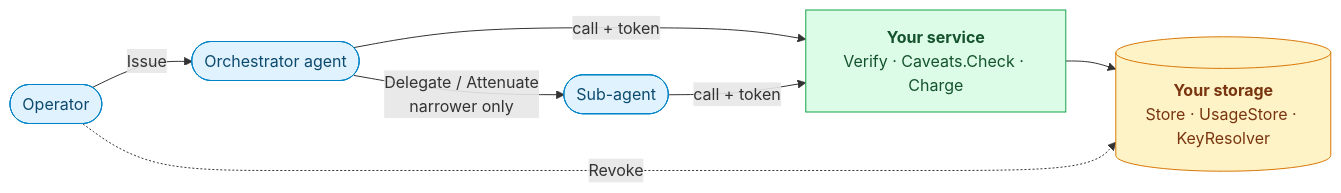
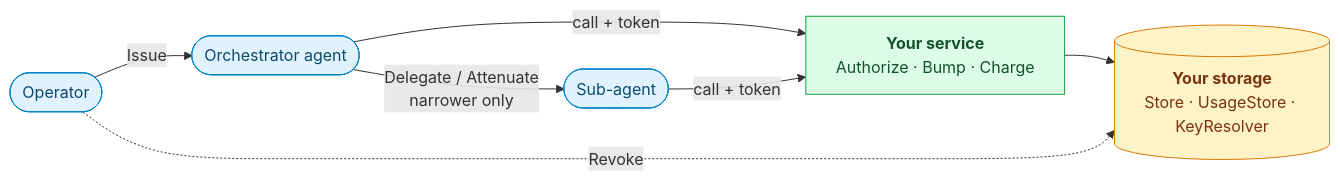
The diagram in README.md (oleg-tkachuk/limes), drawn with Mermaid before and after one commit. The commit also changed other lines of this file and 1 other file, not shown here.

Commit message:
docs(diagrams): redraw the flows as the code runs them
Six diagrams and their prose described checks, errors and an order of
signing and recording the code no longer has.

````diff
--- a/README.md
+++ b/README.md
@@ -26,22 +26,22 @@
 ```mermaid
 flowchart LR
     op(["Operator"])
     orch(["Orchestrator agent"])
     worker(["Sub-agent"])
-    svc["<b>Your service</b><br/>Verify · Caveats.Check · Charge"]
+    svc["<b>Your service</b><br/>Authorize · Bump · Charge"]
     store[("<b>Your storage</b><br/>Store · UsageStore · KeyResolver")]
 
     op -- "Issue" --> orch
     orch -- "Delegate / Attenuate<br/>narrower only" --> worker
     orch -- "call + token" --> svc
     worker -- "call + token" --> svc
     svc --> store
     op -. "Revoke" .-> store
 
     classDef client fill:#E0F2FE,stroke:#0284C7,color:#0C4A6E
     classDef role fill:#DCFCE7,stroke:#16A34A,color:#14532D
     classDef store fill:#FEF3C7,stroke:#D97706,color:#78350F
     class op,orch,worker client
     class svc role
     class store store
 ```
````
